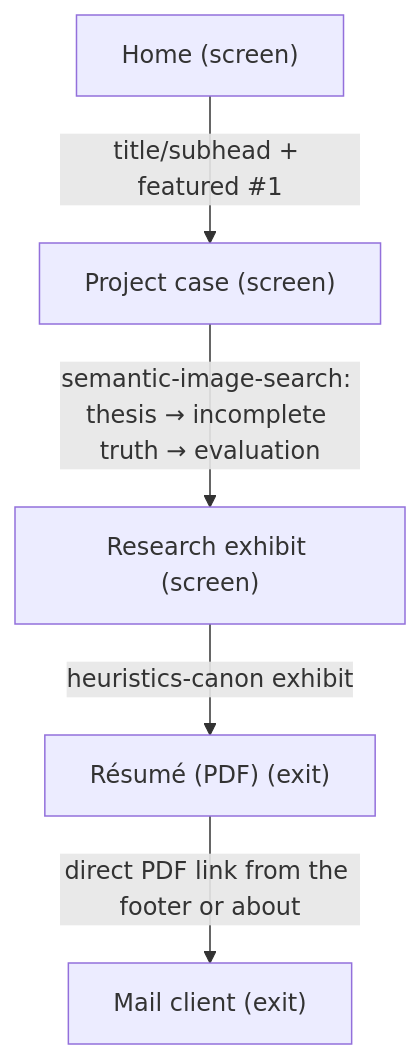
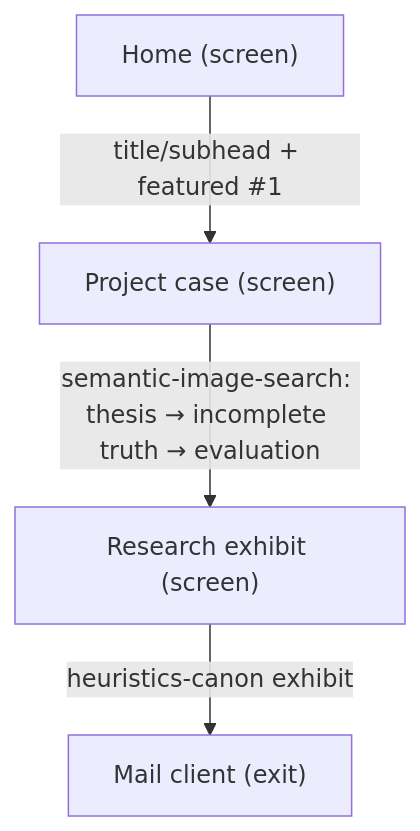
One commit to darce/darce.github.io changed the second of 6 diagrams in docs/ux-maps/darce-xyz.uxmap.md. Above: the diagram before and after it, drawn with Mermaid. The commit also changed other lines of this file and 9 other files, not shown here.

First line of the commit message:
Remove the résumé PDF and everything that pointed at it

````diff
--- a/docs/ux-maps/darce-xyz.uxmap.md
+++ b/docs/ux-maps/darce-xyz.uxmap.md
@@ -319,13 +299,11 @@
 ```mermaid
 flowchart TD
-  %% flow: Land → SIS case → heuristics canon → résumé PDF → contact job=job-assess-design-judgment
+  %% flow: Land → SIS case → heuristics canon → contact job=job-assess-design-judgment
   n_landing["Home (screen)"]
   n_project_detail["Project case (screen)"]
   n_landing -->|title/subhead + featured #1| n_project_detail
   n_research_detail["Research exhibit (screen)"]
   n_project_detail -->|semantic-image-search: thesis → incomplete truth → evaluation| n_research_detail
-  n_resume["Résumé (PDF) (exit)"]
-  n_research_detail -->|heuristics-canon exhibit| n_resume
   n_exit_mailto["Mail client (exit)"]
-  n_resume -->|direct PDF link from the footer or about| n_exit_mailto
+  n_research_detail -->|heuristics-canon exhibit| n_exit_mailto
 ```
````
